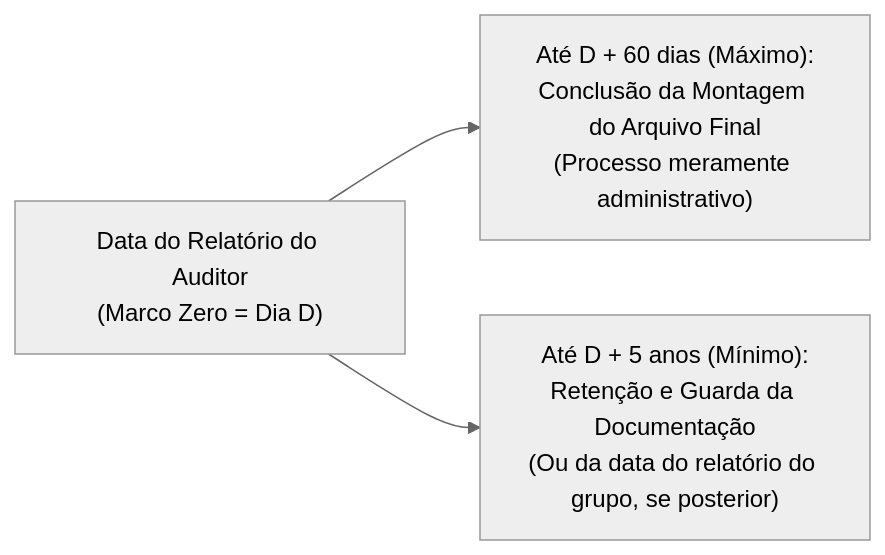
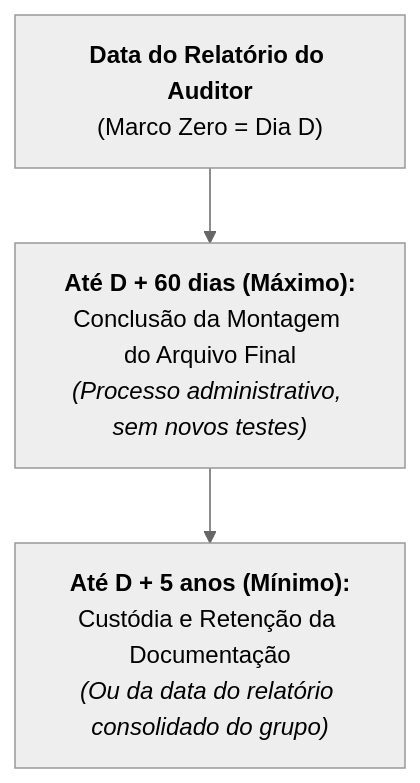
Before and after one commit to gilsonnogueira/OpenConcursos: the second of 2 diagrams in docs/19-auditoria/01-fundamentos-e-normas-profissionais/02-controle-de-qualidade-nbc-pa-01-ta-220.md, drawn with Mermaid (neutral theme). The commit also changed 17 other files, not shown here.

Commit message:
style(diagrams): verticaliza todos os diagramas Mermaid para legibilidade em painel vertical

````diff
--- a/docs/19-auditoria/01-fundamentos-e-normas-profissionais/02-controle-de-qualidade-nbc-pa-01-ta-220.md
+++ b/docs/19-auditoria/01-fundamentos-e-normas-profissionais/02-controle-de-qualidade-nbc-pa-01-ta-220.md
@@ -158,5 +158,6 @@
 ```mermaid
-flowchart LR
-    DATA_REL["Data do Relatório do Auditor<br/>(Marco Zero = Dia D)"] --> PRAZO_60["Até D + 60 dias (Máximo):<br/>Conclusão da Montagem do Arquivo Final<br/>(Processo meramente administrativo)"]
-    DATA_REL --> PRAZO_5A["Até D + 5 anos (Mínimo):<br/>Retenção e Guarda da Documentação<br/>(Ou da data do relatório do grupo, se posterior)"]
+flowchart TD
+    DATA_REL["<b>Data do Relatório do Auditor</b><br/>(Marco Zero = Dia D)"]
+    DATA_REL --> PRAZO_60["<b>Até D + 60 dias (Máximo):</b><br/>Conclusão da Montagem do Arquivo Final<br/><i>(Processo administrativo, sem novos testes)</i>"]
+    PRAZO_60 --> PRAZO_5A["<b>Até D + 5 anos (Mínimo):</b><br/>Custódia e Retenção da Documentação<br/><i>(Ou da data do relatório consolidado do grupo)</i>"]
 ```
````
